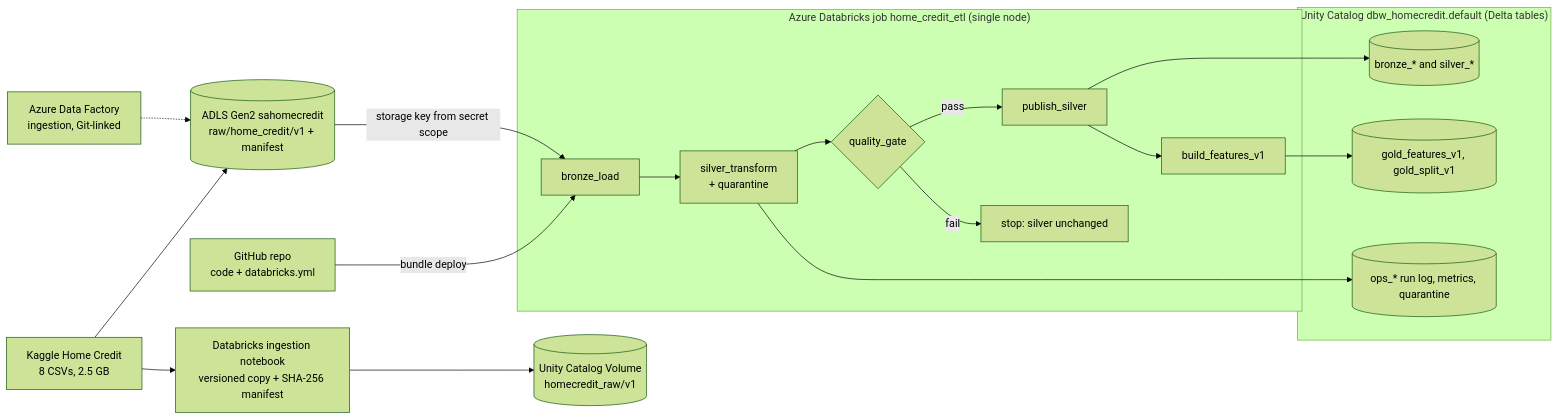
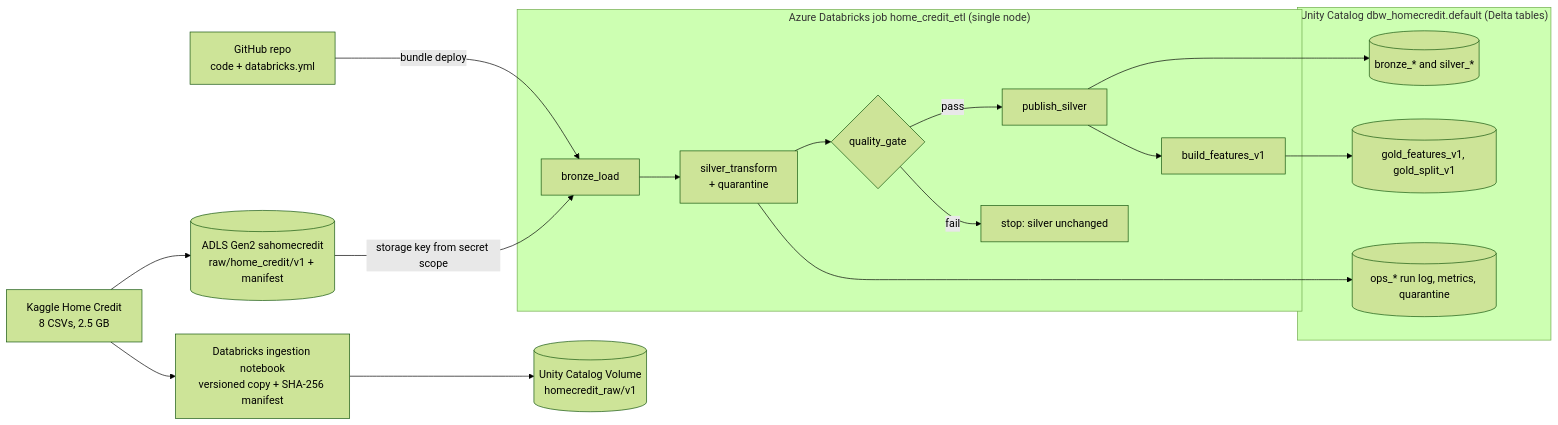
One commit to Noor60300690/dsai3202-home-credit changed the diagram in README.md. Above: the diagram before and after it, drawn with Mermaid (forest theme). The commit also changed other lines of this file, not shown here.

````diff
--- a/README.md
+++ b/README.md
@@ -47,22 +47,21 @@
 ```mermaid
 flowchart LR
   K["Kaggle Home Credit<br/>8 CSVs, 2.5 GB"] --> A[("ADLS Gen2 sahomecredit<br/>raw/home_credit/v1 + manifest")]
-  ADF["Azure Data Factory<br/>ingestion, Git-linked"] -.-> A
   K --> N["Databricks ingestion notebook<br/>versioned copy + SHA-256 manifest"]
   N --> V[("Unity Catalog Volume<br/>homecredit_raw/v1")]
   GH["GitHub repo<br/>code + databricks.yml"] -->|bundle deploy| B
   subgraph DBX["Azure Databricks job home_credit_etl (single node)"]
     B["bronze_load"] --> S["silver_transform<br/>+ quarantine"] --> G{"quality_gate"}
     G -->|pass| P["publish_silver"] --> F["build_features_v1"]
     G -->|fail| X["stop: silver unchanged"]
   end
   A -->|"storage key from secret scope"| B
   subgraph UC["Unity Catalog dbw_homecredit.default (Delta tables)"]
     T1[("bronze_* and silver_*")]
     T2[("gold_features_v1, gold_split_v1")]
     T3[("ops_* run log, metrics, quarantine")]
   end
   P --> T1
   F --> T2
   S --> T3
 ```
````
